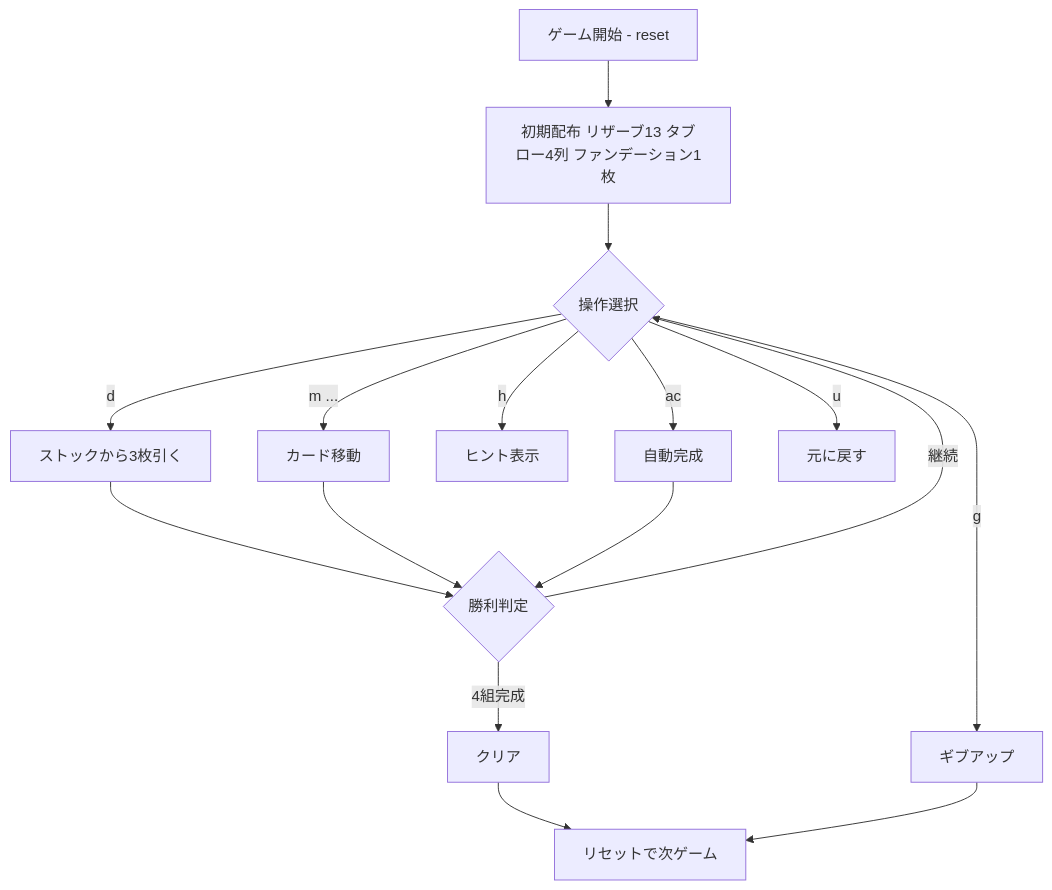
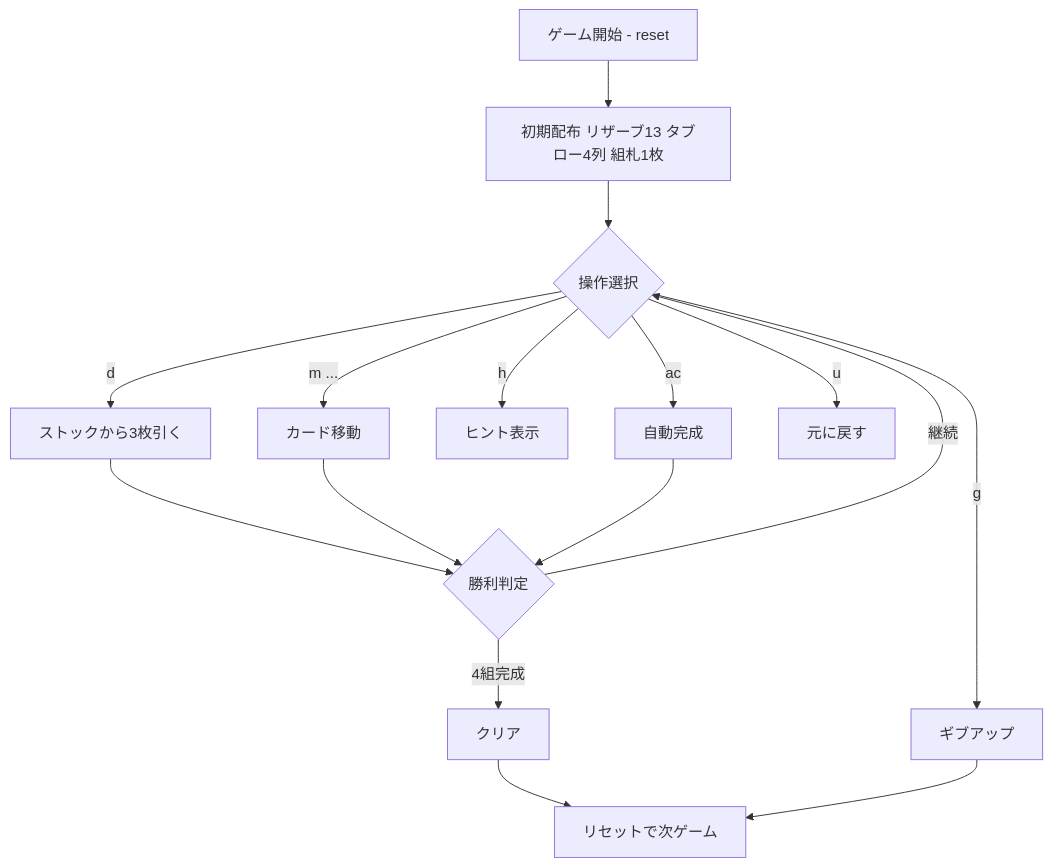
One commit to yuta-yoshinaga/go_trumpcards changed the diagram in docs/manual/cui/canfield.md. Above: the diagram before and after it, drawn with Mermaid. The commit also changed other lines of this file and 49 other files, not shown here.

````diff
--- a/docs/manual/cui/canfield.md
+++ b/docs/manual/cui/canfield.md
@@ -23,18 +23,18 @@
 ```mermaid
 flowchart TD
-    A[ゲーム開始 - reset] --> B[初期配布 リザーブ13 タブロー4列 ファンデーション1枚]
+    A[ゲーム開始 - reset] --> B[初期配布 リザーブ13 タブロー4列 組札1枚]
     B --> C{操作選択}
     C -->|d| D[ストックから3枚引く]
     C -->|m ...| E[カード移動]
     C -->|h| F[ヒント表示]
     C -->|ac| G[自動完成]
     C -->|u| H[元に戻す]
     D --> I{勝利判定}
     E --> I
     G --> I
     I -->|4組完成| J[クリア]
     I -->|継続| C
     C -->|g| K[ギブアップ]
     J --> L[リセットで次ゲーム]
     K --> L
 ```
````
